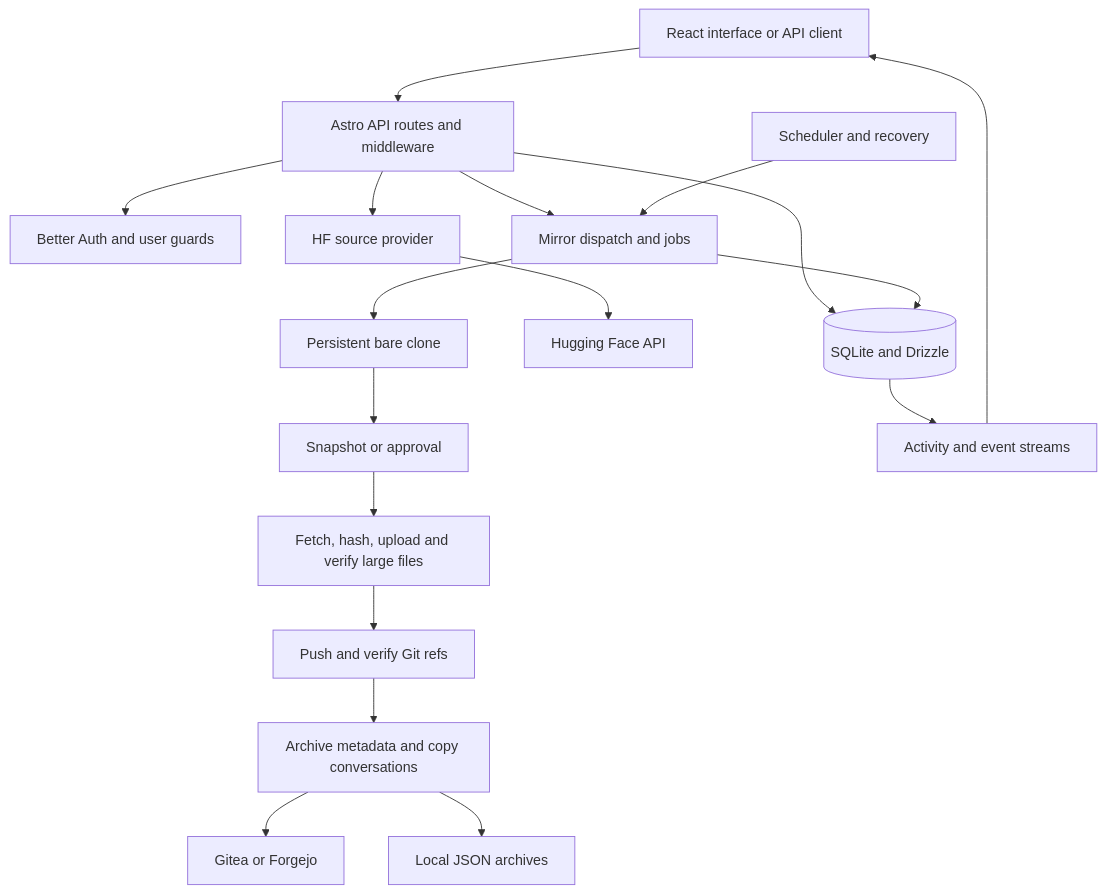
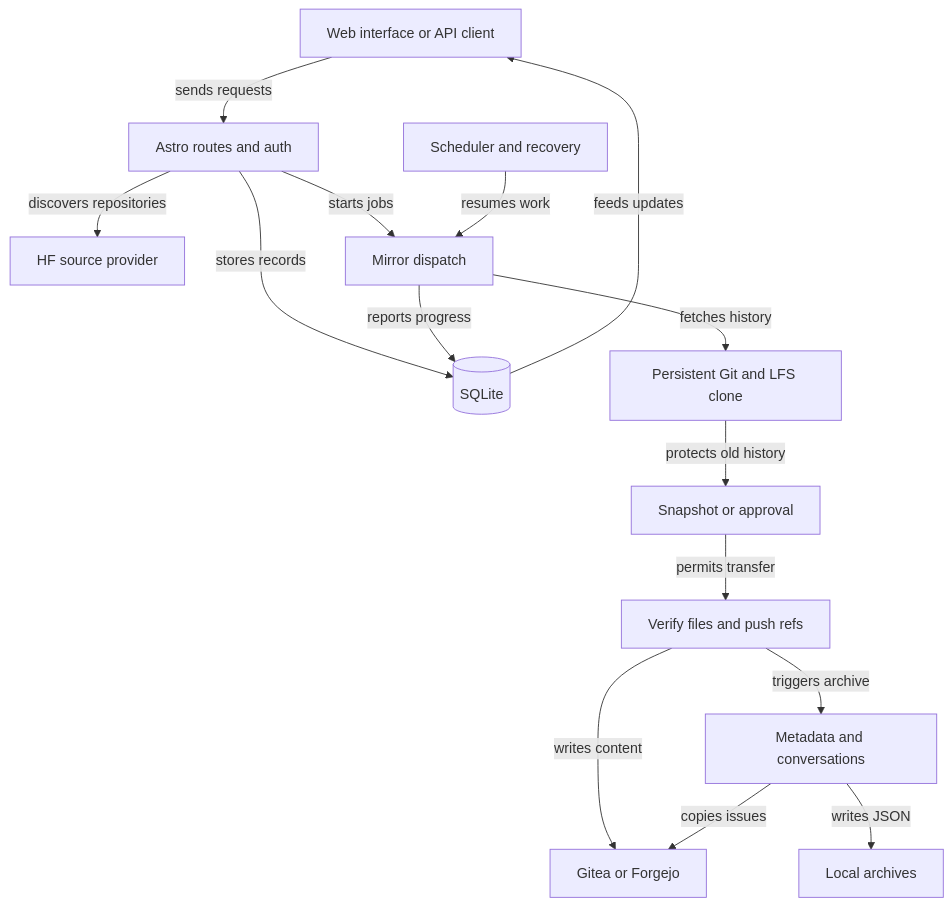
One commit to willtheorangeguy/hf-mirror changed the diagram in docs/architecture.md. Above: the diagram before and after it, drawn with Mermaid. The commit also changed other lines of this file and 29 other files, not shown here.

````diff
--- a/docs/architecture.md
+++ b/docs/architecture.md
@@ -11,20 +15,17 @@
 ```mermaid
 flowchart TD
-    UI[React interface or API client] --> Routes[Astro API routes and middleware]
-    Routes --> Auth[Better Auth and user guards]
-    Routes --> DB[(SQLite and Drizzle)]
-    Routes --> Discover[HF source provider]
-    Discover --> HF[Hugging Face API]
-    Routes --> Jobs[Mirror dispatch and jobs]
-    Scheduler[Scheduler and recovery] --> Jobs
-    Jobs --> Clone[Persistent bare clone]
-    Clone --> Protect[Snapshot or approval]
-    Protect --> Large[Fetch, hash, upload and verify large files]
-    Large --> Push[Push and verify Git refs]
-    Push --> Meta[Archive metadata and copy conversations]
-    Meta --> Forge[Gitea or Forgejo]
-    Meta --> Archives[Local JSON archives]
-    Jobs --> DB
-    DB --> Events[Activity and event streams]
-    Events --> UI
+    UI[Web interface or API client] -->|sends requests| Routes[Astro routes and auth]
+    Routes -->|stores records| DB[(SQLite)]
+    Routes -->|discovers repositories| HF[HF source provider]
+    Routes -->|starts jobs| Jobs[Mirror dispatch]
+    Scheduler[Scheduler and recovery] -->|resumes work| Jobs
+    Jobs -->|fetches history| Clone[Persistent Git and LFS clone]
+    Clone -->|protects old history| Protect[Snapshot or approval]
+    Protect -->|permits transfer| Transfer[Verify files and push refs]
+    Transfer -->|writes content| Forge[Gitea or Forgejo]
+    Transfer -->|triggers archive| Meta[Metadata and conversations]
+    Meta -->|copies issues| Forge
+    Meta -->|writes JSON| Archive[Local archives]
+    Jobs -->|reports progress| DB
+    DB -->|feeds updates| UI
 ```
````
